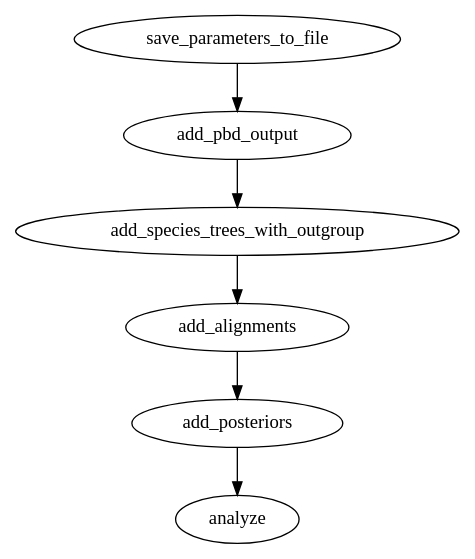
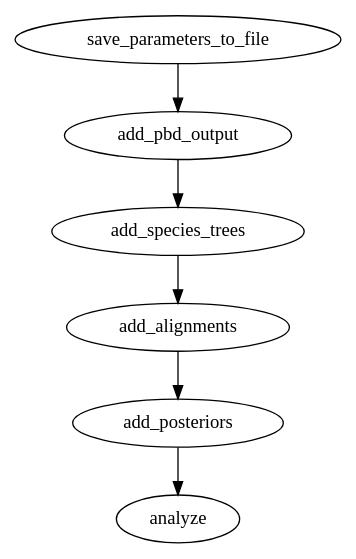
Before and after one commit to richelbilderbeek/Cer2016: the diagram in doc/Workflow_code.dot, drawn with Graphviz. The commit also changed 7 other files, not shown here.

```diff
--- a/doc/Workflow_code.dot
+++ b/doc/Workflow_code.dot
@@ -1,13 +1,13 @@
 digraph G {
 0[label="save_parameters_to_file"];
 1[label="add_pbd_output"];
-2[label="add_species_trees_with_outgroup"];
+2[label="add_species_trees"];
 3[label="add_alignments"];
 4[label="add_posteriors"];
 5[label="analyze"];
 0->1;
 1->2;
 2->3;
 3->4;
 4->5;
 }
```
